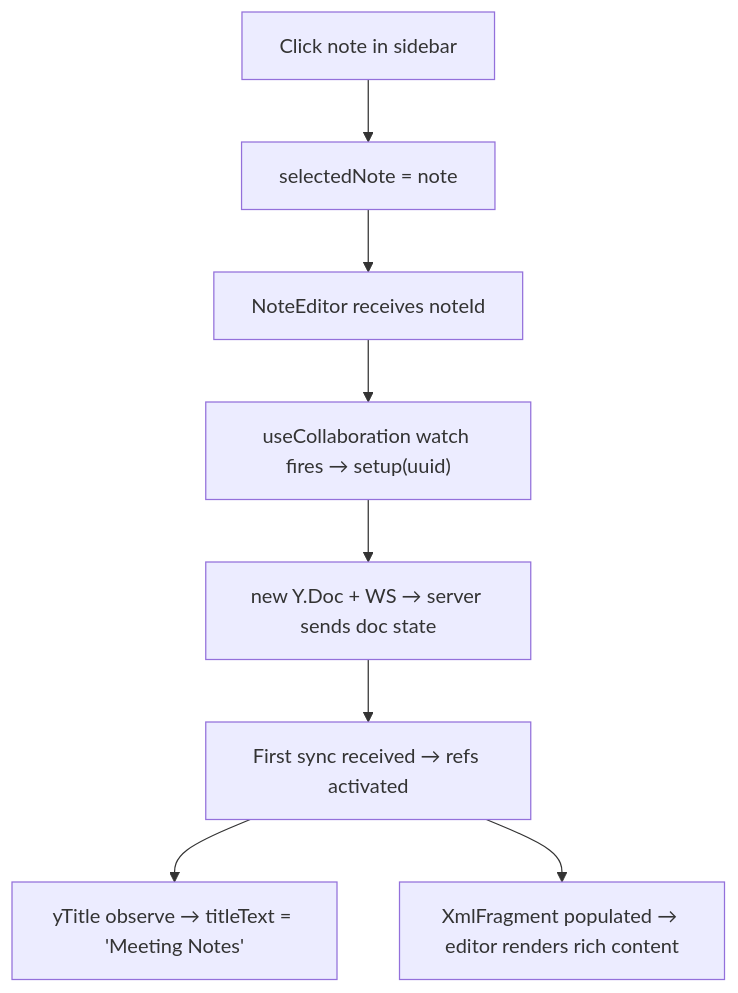
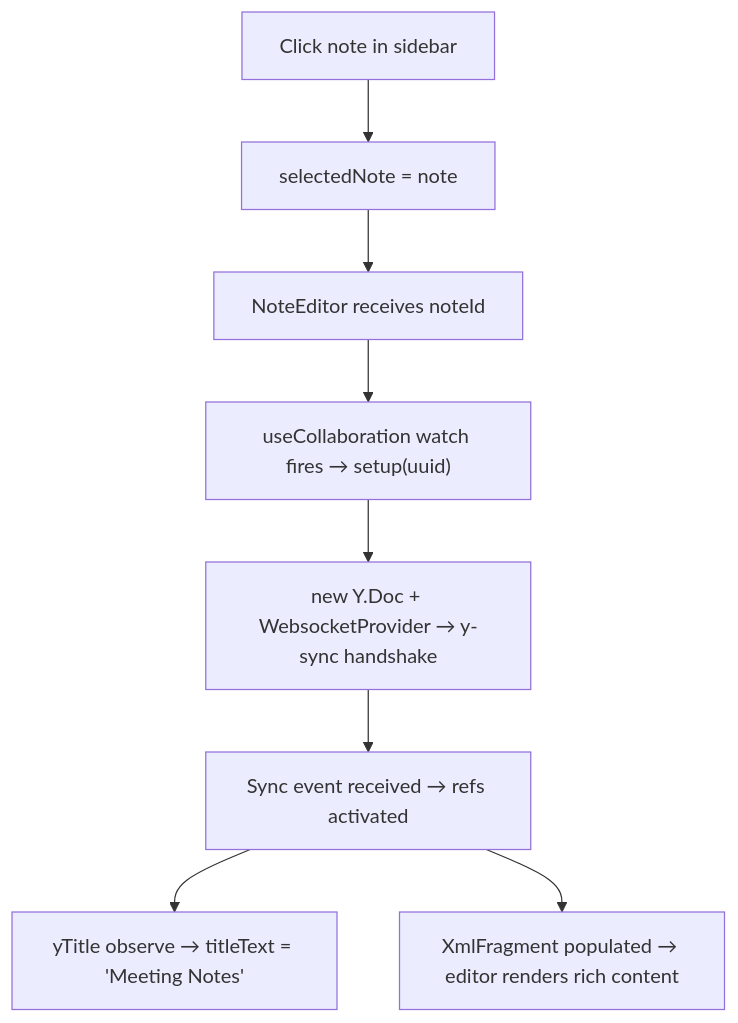
One commit to MySeaLeeOom/basic_structure changed diagram 12 of 13 in srcs/requirements/frontend/docs/dev/tiptap-yjs-summary.md. Above: the diagram before and after it, drawn with Mermaid. The commit also changed other lines of this file and 6 other files, not shown here.

First line of the commit message:
Update dev docs for y-websocket architecture and condense obsolete content

````diff
--- a/srcs/requirements/frontend/docs/dev/tiptap-yjs-summary.md
+++ b/srcs/requirements/frontend/docs/dev/tiptap-yjs-summary.md
@@ -601,10 +527,10 @@
 ```mermaid
 flowchart TD
     A["Click note in sidebar"] --> B["selectedNote = note"]
     B --> C["NoteEditor receives noteId"]
     C --> D["useCollaboration watch fires → setup(uuid)"]
-    D --> E["new Y.Doc + WS → server sends doc state"]
-    E --> F["First sync received → refs activated"]
+    D --> E["new Y.Doc + WebsocketProvider → y-sync handshake"]
+    E --> F["Sync event received → refs activated"]
     F --> G["yTitle observe → titleText = 'Meeting Notes'"]
     F --> H["XmlFragment populated → editor renders rich content"]
 ```
````
